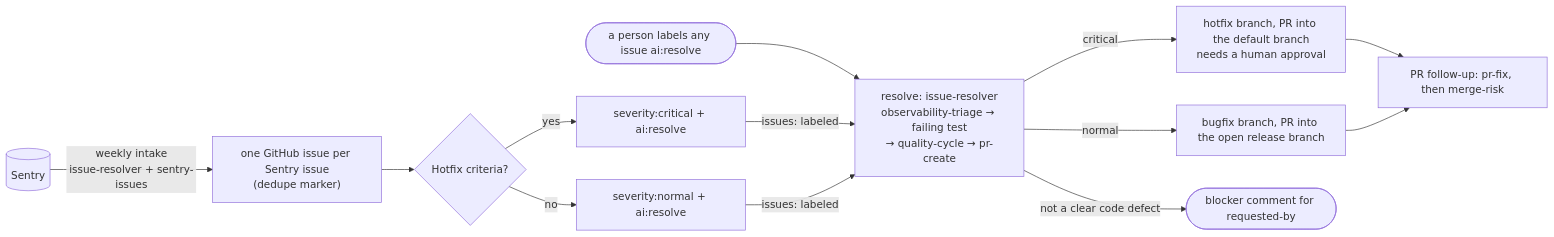
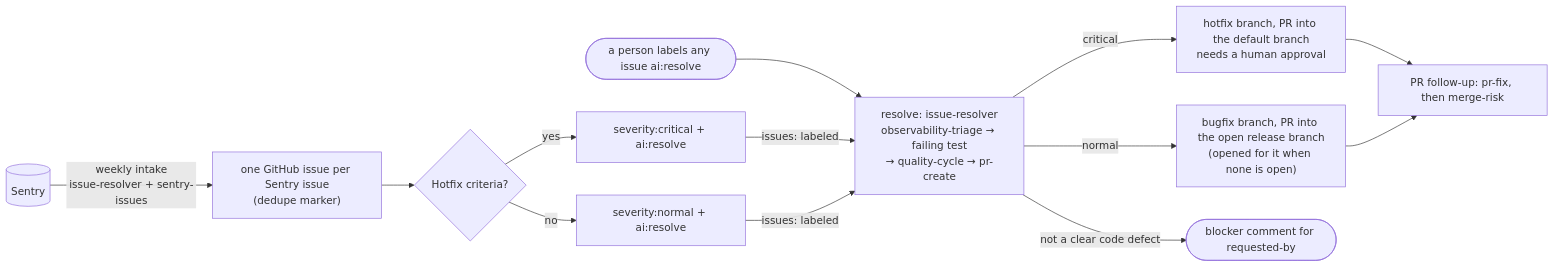
Before and after one commit to fbrissi/ai-skills: the sixth of 8 diagrams in docs/delivery-flow.md, drawn with Mermaid. The commit also changed other lines of this file and 31 other files, not shown here.

First line of the commit message:
feat: open a release when a bugfix has none

````diff
--- a/docs/delivery-flow.md
+++ b/docs/delivery-flow.md
@@ -218,15 +243,15 @@
 ```mermaid
 flowchart LR
   SRC[("Sentry")] -->|"weekly intake<br/>issue-resolver + sentry-issues"| ISS["one GitHub issue per Sentry issue<br/>(dedupe marker)"]
   ISS --> CRIT{"Hotfix criteria?"}
   CRIT -->|yes| HC["severity:critical + ai:resolve"]
   CRIT -->|no| NC["severity:normal + ai:resolve"]
   HUM(["a person labels any issue ai:resolve"]) --> RES
   HC -->|"issues: labeled"| RES["resolve: issue-resolver<br/>observability-triage → failing test<br/>→ quality-cycle → pr-create"]
   NC -->|"issues: labeled"| RES
   RES -->|critical| HF["hotfix branch, PR into the default branch<br/>needs a human approval"]
-  RES -->|normal| BF["bugfix branch, PR into the open release branch"]
+  RES -->|normal| BF["bugfix branch, PR into the open release branch<br/>(opened for it when none is open)"]
   RES -->|not a clear code defect| BLK(["blocker comment for requested-by"])
   HF --> FU["PR follow-up: pr-fix, then merge-risk"]
   BF --> FU
 ```
````
